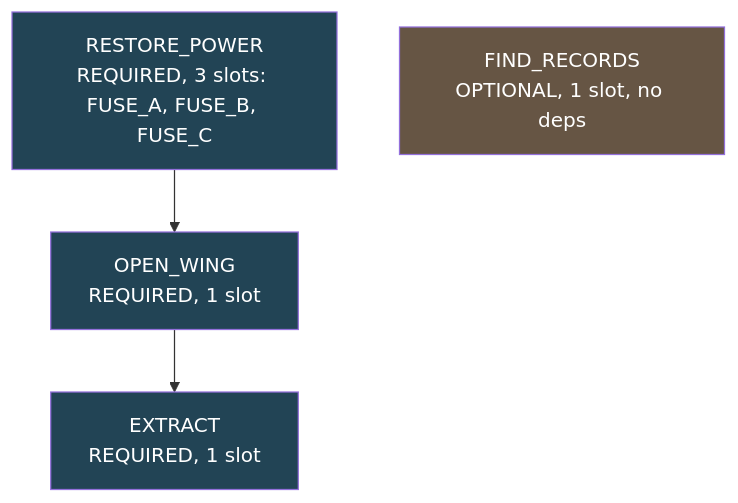
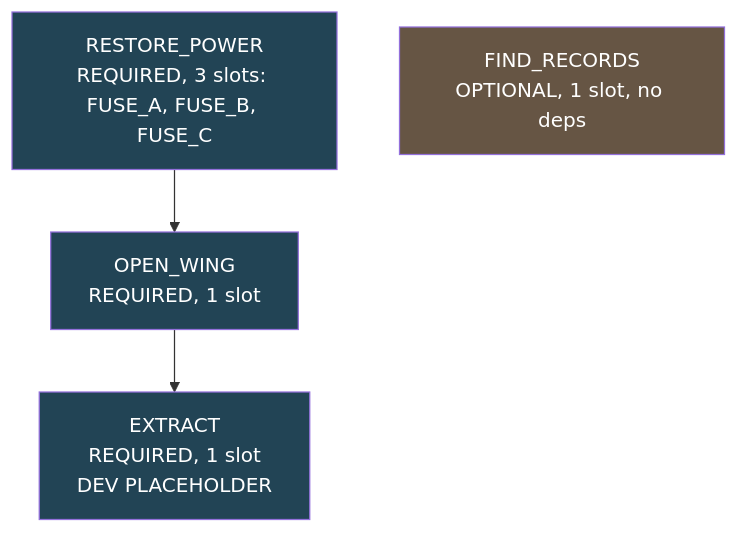
The fifth of 6 diagrams in docs/TTL-09_OBJECTIVE_SYSTEM.md (ThisIsEnzo/THE-LAST-TURN), drawn with Mermaid before and after one commit. The commit also changed other lines of this file and 1 other file, not shown here.

First line of the commit message:
docs(ttl-09): address PR #20 architecture review

````diff
--- a/docs/TTL-09_OBJECTIVE_SYSTEM.md
+++ b/docs/TTL-09_OBJECTIVE_SYSTEM.md
@@ -672,10 +786,10 @@
 ```mermaid
 flowchart TD
     P["RESTORE_POWER<br/>REQUIRED, 3 slots: FUSE_A, FUSE_B, FUSE_C"] --> W["OPEN_WING<br/>REQUIRED, 1 slot"]
-    W --> X["EXTRACT<br/>REQUIRED, 1 slot"]
+    W --> X["EXTRACT<br/>REQUIRED, 1 slot<br/>DEV PLACEHOLDER"]
     R["FIND_RECORDS<br/>OPTIONAL, 1 slot, no deps"]
     classDef req fill:#245,color:#fff
     classDef opt fill:#654,color:#fff
     class P,W,X req
     class R opt
 ```
````
